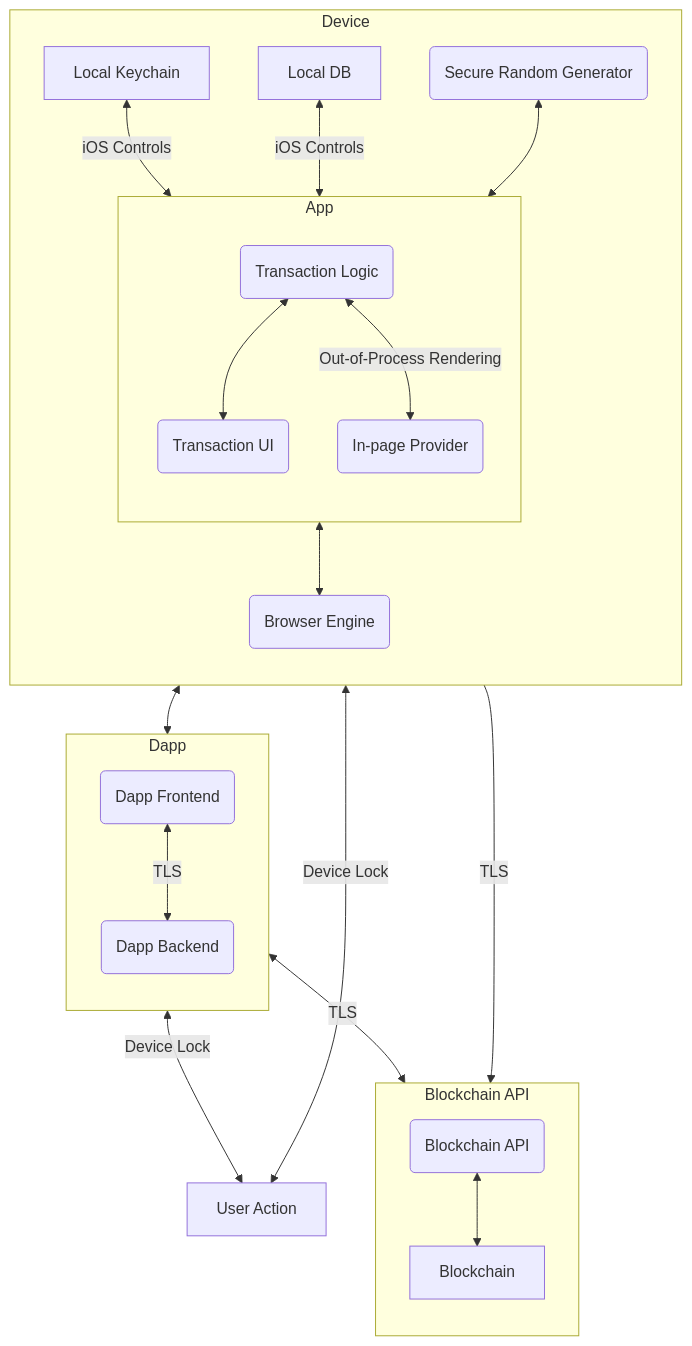
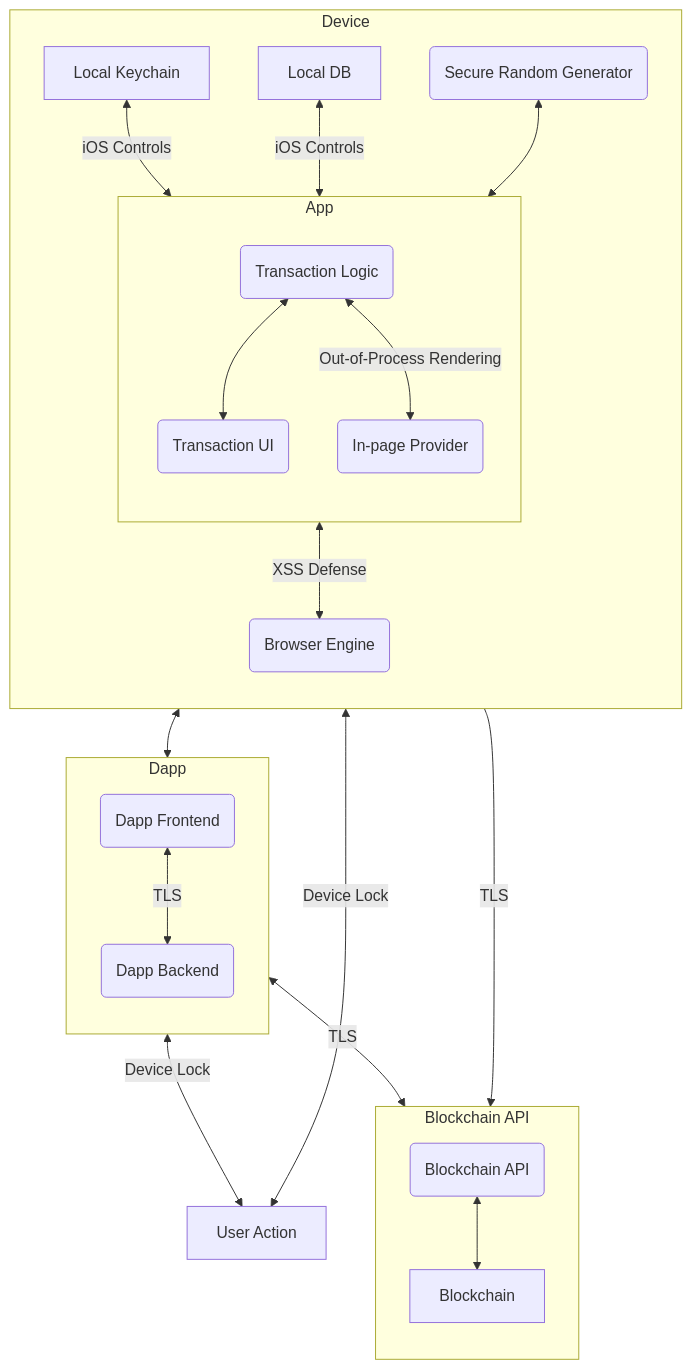
One commit to sealvault/sealvault changed the second of 3 diagrams in website/src/dev-docs/design/data-flow.md. Above: the diagram before and after it, drawn with Mermaid.

Commit message:
Add XSS defense to data flow diagram

````diff
--- a/website/src/dev-docs/design/data-flow.md
+++ b/website/src/dev-docs/design/data-flow.md
@@ -43,81 +43,81 @@
 ```mermaid
 
 flowchart TB
 
   subgraph device[Device]
     direction TB
 
     keychain[|borders:bt| Local Keychain]
     db[|borders:bt| Local DB]
     secure_random(Secure Random Generator)
     browser_engine(Browser Engine)
 
     subgraph app[App]
       direction TB
 
       tx_ui(Transaction UI)
       tx_logic(Transaction Logic)
       inpage(In-page Provider)
     end
 
 
   end
 
   subgraph dapp[Dapp]
     direction TB
 
     dapp_frontend(Dapp Frontend)
     dapp_backend(Dapp Backend)
 
   end
 
   subgraph blockchain_api[Blockchain API]
     direction TB
 
     ba(Blockchain API)
     blockchain[|borders:bt| Blockchain]
   end
 
 
   user_action[User Action]
 
   dapp_frontend
   <-->|TLS| dapp_backend
 
   keychain[|borders:bt| Local Keychain]
   <-->|iOS Controls| tx_logic
 
   db[|borders:bt| Local DB]
   <-->|iOS Controls| tx_logic
 
   secure_random
   <--> tx_logic
 
   tx_logic
   <-->|Out-of-Process Rendering| inpage
 
   tx_logic
   <--> tx_ui
 
   tx_ui
   <-->|Device Lock| user_action
 
   tx_logic
   -->|TLS| blockchain_api
 
   inpage
-  <--> browser_engine
+  <-->|XSS Defense| browser_engine
 
   browser_engine
   <--> dapp_frontend
 
   dapp_frontend
   <-->|Device Lock| user_action
 
   dapp_frontend
   <-->|TLS| blockchain_api
 
   ba
   <--> blockchain[|borders:bt| Blockchain]
 
 ```
````
